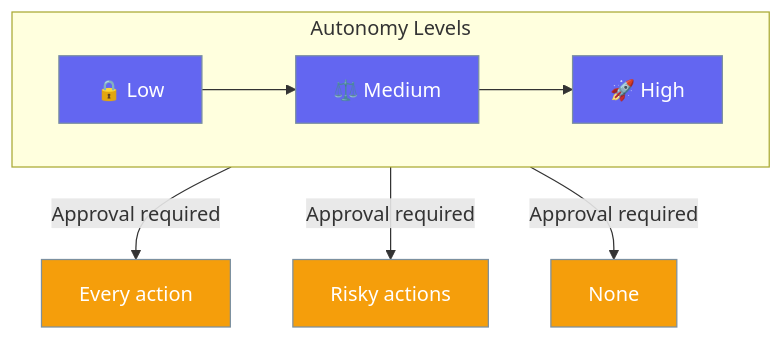
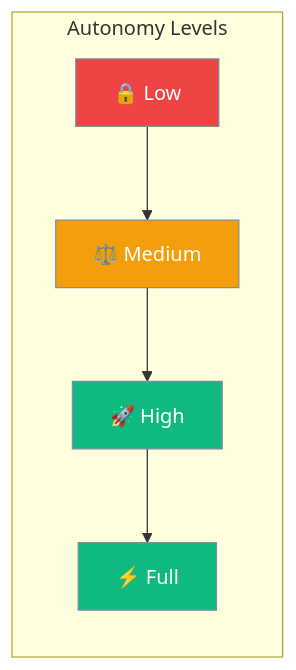
Before and after one commit to MervinPraison/PraisonAIDocs: the first of 2 diagrams in docs/rust/autonomy.mdx, drawn with Mermaid. The commit also changed other lines of this file and 87 other files, not shown here.

````diff
--- a/docs/rust/autonomy.mdx
+++ b/docs/rust/autonomy.mdx
@@ -10,17 +10,16 @@
 ```mermaid
-graph TB
+graph LR
     subgraph "Autonomy Levels"
-        direction LR
-        L1[🔒 Low] --> L2[⚖️ Medium] --> L3[🚀 High]
+        L[🔒 Low] --> M[⚖️ Medium]
+        M --> H[🚀 High]
+        H --> F[⚡ Full]
     end
     
-    L1 --> |"Approval required"| A1[Every action]
-    L2 --> |"Approval required"| A2[Risky actions]
-    L3 --> |"Approval required"| A3[None]
+    classDef low fill:#EF4444,stroke:#7C90A0,color:#fff
+    classDef med fill:#F59E0B,stroke:#7C90A0,color:#fff
+    classDef high fill:#10B981,stroke:#7C90A0,color:#fff
     
-    classDef level fill:#6366F1,stroke:#7C90A0,color:#fff
-    classDef action fill:#F59E0B,stroke:#7C90A0,color:#fff
-    
-    class L1,L2,L3 level
-    class A1,A2,A3 action
+    class L low
+    class M med
+    class H,F high
 ```
````
